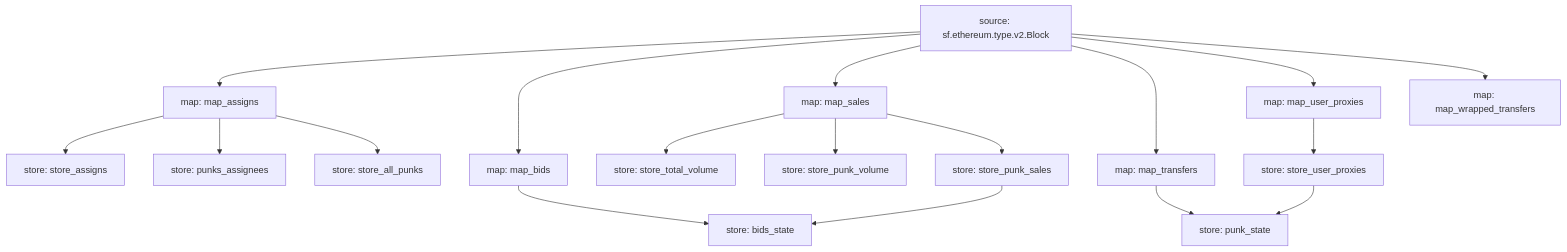
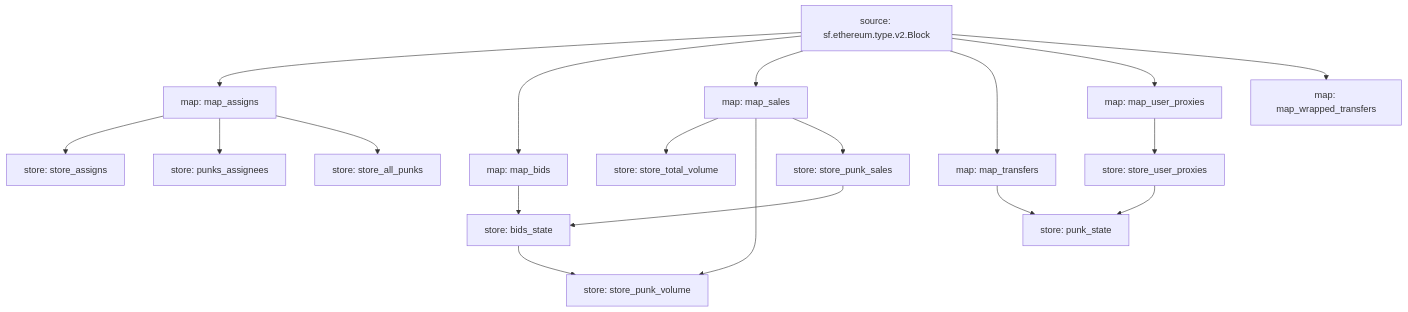
The diagram in README.md (itsjerryokolo/cryptopunks_substreams), drawn with Mermaid before and after one commit. The commit also changed 1 other file, not shown here.

````diff
--- a/README.md
+++ b/README.md
@@ -3,35 +3,36 @@
 ```mermaid
 graph TD;
   map_assigns[map: map_assigns]
   sf.ethereum.type.v2.Block[source: sf.ethereum.type.v2.Block] --> map_assigns
   store_assigns[store: store_assigns]
   map_assigns --> store_assigns
   punks_assignees[store: punks_assignees]
   map_assigns --> punks_assignees
   map_bids[map: map_bids]
   sf.ethereum.type.v2.Block[source: sf.ethereum.type.v2.Block] --> map_bids
   bids_state[store: bids_state]
   map_bids --> bids_state
   store_punk_sales --> bids_state
   store_all_punks[store: store_all_punks]
   map_assigns --> store_all_punks
   store_total_volume[store: store_total_volume]
   map_sales --> store_total_volume
   store_punk_volume[store: store_punk_volume]
   map_sales --> store_punk_volume
+  bids_state --> store_punk_volume
   store_punk_sales[store: store_punk_sales]
   map_sales --> store_punk_sales
   map_sales[map: map_sales]
   sf.ethereum.type.v2.Block[source: sf.ethereum.type.v2.Block] --> map_sales
   map_transfers[map: map_transfers]
   sf.ethereum.type.v2.Block[source: sf.ethereum.type.v2.Block] --> map_transfers
   punk_state[store: punk_state]
   map_transfers --> punk_state
   store_user_proxies --> punk_state
   map_user_proxies[map: map_user_proxies]
   sf.ethereum.type.v2.Block[source: sf.ethereum.type.v2.Block] --> map_user_proxies
   map_wrapped_transfers[map: map_wrapped_transfers]
   sf.ethereum.type.v2.Block[source: sf.ethereum.type.v2.Block] --> map_wrapped_transfers
   store_user_proxies[store: store_user_proxies]
   map_user_proxies --> store_user_proxies
 ```
````
